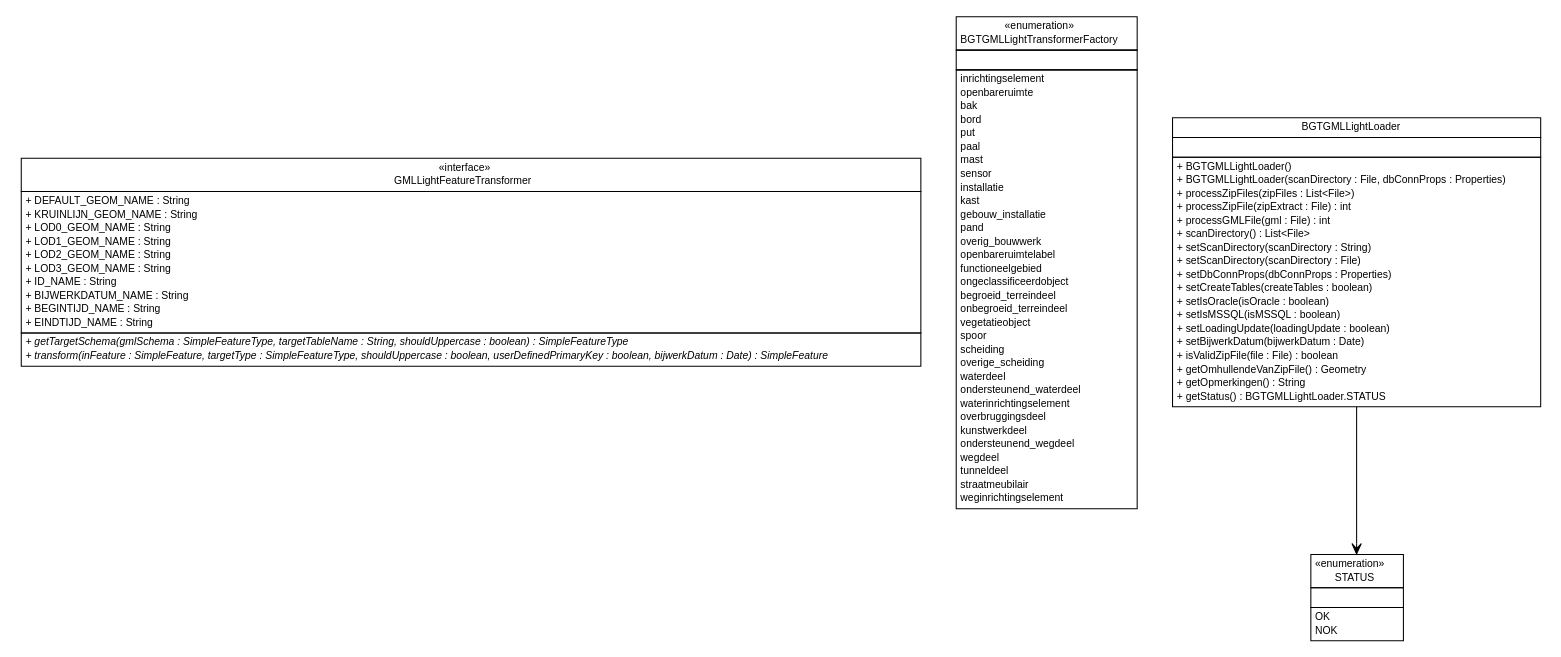
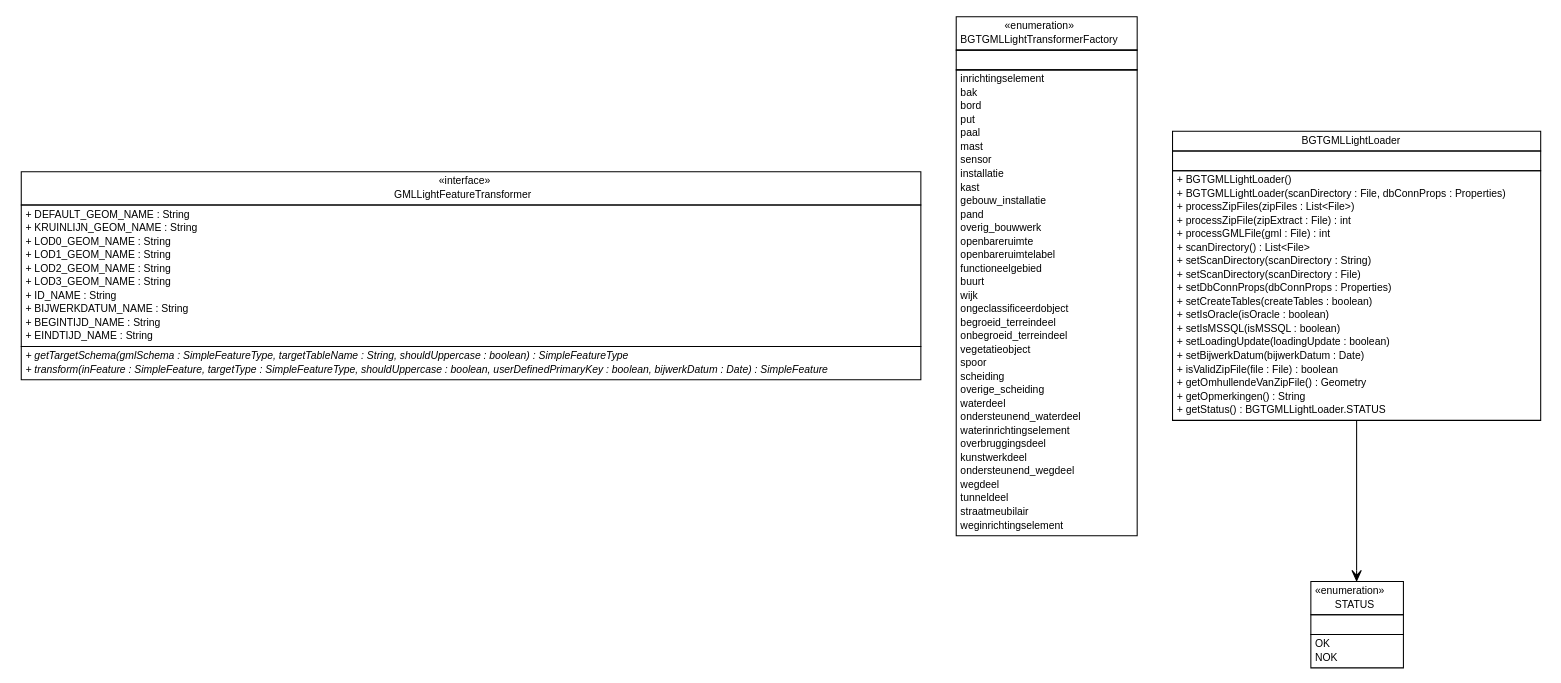
Before and after one commit to B3Partners/brmo: the diagram in bgt-gml-loader/apidocs/nl/b3p/brmo/loader/gml/nl.b3p.brmo.loader.gml.dot, drawn with Graphviz. The commit also changed 281 other files, not shown here.

```diff
--- a/bgt-gml-loader/apidocs/nl/b3p/brmo/loader/gml/nl.b3p.brmo.loader.gml.dot
+++ b/bgt-gml-loader/apidocs/nl/b3p/brmo/loader/gml/nl.b3p.brmo.loader.gml.dot
@@ -1,124 +1,126 @@
 #!/usr/local/bin/dot
 #
 # Class diagram 
 # Generated by UMLGraph version R5_6-24-gf6e263 (http://www.umlgraph.org/)
 #
 
 digraph G {
 	edge [fontname="Helvetica",fontsize=10,labelfontname="Helvetica",labelfontsize=10];
 	node [fontname="Helvetica",fontsize=10,shape=plaintext];
 	nodesep=0.25;
 	ranksep=0.5;
 	// nl.b3p.brmo.loader.gml.GMLLightFeatureTransformer
-	c76 [label=<<table title="nl.b3p.brmo.loader.gml.GMLLightFeatureTransformer" border="0" cellborder="1" cellspacing="0" cellpadding="2" port="p" href="./GMLLightFeatureTransformer.html">
+	c82 [label=<<table title="nl.b3p.brmo.loader.gml.GMLLightFeatureTransformer" border="0" cellborder="1" cellspacing="0" cellpadding="2" port="p" href="./GMLLightFeatureTransformer.html">
 		<tr><td><table border="0" cellspacing="0" cellpadding="1">
 <tr><td align="center" balign="center"> &#171;interface&#187; </td></tr>
 <tr><td align="center" balign="center"> GMLLightFeatureTransformer </td></tr>
 		</table></td></tr>
 		<tr><td><table border="0" cellspacing="0" cellpadding="1">
 <tr><td align="left" balign="left"> + DEFAULT_GEOM_NAME : String </td></tr>
 <tr><td align="left" balign="left"> + KRUINLIJN_GEOM_NAME : String </td></tr>
 <tr><td align="left" balign="left"> + LOD0_GEOM_NAME : String </td></tr>
 <tr><td align="left" balign="left"> + LOD1_GEOM_NAME : String </td></tr>
 <tr><td align="left" balign="left"> + LOD2_GEOM_NAME : String </td></tr>
 <tr><td align="left" balign="left"> + LOD3_GEOM_NAME : String </td></tr>
 <tr><td align="left" balign="left"> + ID_NAME : String </td></tr>
 <tr><td align="left" balign="left"> + BIJWERKDATUM_NAME : String </td></tr>
 <tr><td align="left" balign="left"> + BEGINTIJD_NAME : String </td></tr>
 <tr><td align="left" balign="left"> + EINDTIJD_NAME : String </td></tr>
 		</table></td></tr>
 		<tr><td><table border="0" cellspacing="0" cellpadding="1">
 <tr><td align="left" balign="left"><font face="Helvetica-Oblique" point-size="10.0"> + getTargetSchema(gmlSchema : SimpleFeatureType, targetTableName : String, shouldUppercase : boolean) : SimpleFeatureType </font></td></tr>
 <tr><td align="left" balign="left"><font face="Helvetica-Oblique" point-size="10.0"> + transform(inFeature : SimpleFeature, targetType : SimpleFeatureType, shouldUppercase : boolean, userDefinedPrimaryKey : boolean, bijwerkDatum : Date) : SimpleFeature </font></td></tr>
 		</table></td></tr>
 		</table>>, URL="./GMLLightFeatureTransformer.html", fontname="Helvetica", fontcolor="black", fontsize=10.0];
 	// nl.b3p.brmo.loader.gml.BGTGMLLightTransformerFactory
-	c77 [label=<<table title="nl.b3p.brmo.loader.gml.BGTGMLLightTransformerFactory" border="0" cellborder="1" cellspacing="0" cellpadding="2" port="p" href="./BGTGMLLightTransformerFactory.html">
+	c83 [label=<<table title="nl.b3p.brmo.loader.gml.BGTGMLLightTransformerFactory" border="0" cellborder="1" cellspacing="0" cellpadding="2" port="p" href="./BGTGMLLightTransformerFactory.html">
 		<tr><td><table border="0" cellspacing="0" cellpadding="1">
 <tr><td align="center" balign="center"> &#171;enumeration&#187; </td></tr>
 <tr><td align="center" balign="center"> BGTGMLLightTransformerFactory </td></tr>
 		</table></td></tr>
 		<tr><td><table border="0" cellspacing="0" cellpadding="1">
 <tr><td align="left" balign="left">  </td></tr>
 		</table></td></tr>
 		<tr><td><table border="0" cellspacing="0" cellpadding="1">
 <tr><td align="left" balign="left"> inrichtingselement </td></tr>
-<tr><td align="left" balign="left"> openbareruimte </td></tr>
 <tr><td align="left" balign="left"> bak </td></tr>
 <tr><td align="left" balign="left"> bord </td></tr>
 <tr><td align="left" balign="left"> put </td></tr>
 <tr><td align="left" balign="left"> paal </td></tr>
 <tr><td align="left" balign="left"> mast </td></tr>
 <tr><td align="left" balign="left"> sensor </td></tr>
 <tr><td align="left" balign="left"> installatie </td></tr>
 <tr><td align="left" balign="left"> kast </td></tr>
 <tr><td align="left" balign="left"> gebouw_installatie </td></tr>
 <tr><td align="left" balign="left"> pand </td></tr>
 <tr><td align="left" balign="left"> overig_bouwwerk </td></tr>
+<tr><td align="left" balign="left"> openbareruimte </td></tr>
 <tr><td align="left" balign="left"> openbareruimtelabel </td></tr>
 <tr><td align="left" balign="left"> functioneelgebied </td></tr>
+<tr><td align="left" balign="left"> buurt </td></tr>
+<tr><td align="left" balign="left"> wijk </td></tr>
 <tr><td align="left" balign="left"> ongeclassificeerdobject </td></tr>
 <tr><td align="left" balign="left"> begroeid_terreindeel </td></tr>
 <tr><td align="left" balign="left"> onbegroeid_terreindeel </td></tr>
 <tr><td align="left" balign="left"> vegetatieobject </td></tr>
 <tr><td align="left" balign="left"> spoor </td></tr>
 <tr><td align="left" balign="left"> scheiding </td></tr>
 <tr><td align="left" balign="left"> overige_scheiding </td></tr>
 <tr><td align="left" balign="left"> waterdeel </td></tr>
 <tr><td align="left" balign="left"> ondersteunend_waterdeel </td></tr>
 <tr><td align="left" balign="left"> waterinrichtingselement </td></tr>
 <tr><td align="left" balign="left"> overbruggingsdeel </td></tr>
 <tr><td align="left" balign="left"> kunstwerkdeel </td></tr>
 <tr><td align="left" balign="left"> ondersteunend_wegdeel </td></tr>
 <tr><td align="left" balign="left"> wegdeel </td></tr>
 <tr><td align="left" balign="left"> tunneldeel </td></tr>
 <tr><td align="left" balign="left"> straatmeubilair </td></tr>
 <tr><td align="left" balign="left"> weginrichtingselement </td></tr>
 		</table></td></tr>
 		</table>>, URL="./BGTGMLLightTransformerFactory.html", fontname="Helvetica", fontcolor="black", fontsize=10.0];
 	// nl.b3p.brmo.loader.gml.BGTGMLLightLoader
-	c78 [label=<<table title="nl.b3p.brmo.loader.gml.BGTGMLLightLoader" border="0" cellborder="1" cellspacing="0" cellpadding="2" port="p" href="./BGTGMLLightLoader.html">
+	c84 [label=<<table title="nl.b3p.brmo.loader.gml.BGTGMLLightLoader" border="0" cellborder="1" cellspacing="0" cellpadding="2" port="p" href="./BGTGMLLightLoader.html">
 		<tr><td><table border="0" cellspacing="0" cellpadding="1">
 <tr><td align="center" balign="center"> BGTGMLLightLoader </td></tr>
 		</table></td></tr>
 		<tr><td><table border="0" cellspacing="0" cellpadding="1">
 <tr><td align="left" balign="left">  </td></tr>
 		</table></td></tr>
 		<tr><td><table border="0" cellspacing="0" cellpadding="1">
 <tr><td align="left" balign="left"> + BGTGMLLightLoader() </td></tr>
 <tr><td align="left" balign="left"> + BGTGMLLightLoader(scanDirectory : File, dbConnProps : Properties) </td></tr>
 <tr><td align="left" balign="left"> + processZipFiles(zipFiles : List&lt;File&gt;) </td></tr>
 <tr><td align="left" balign="left"> + processZipFile(zipExtract : File) : int </td></tr>
 <tr><td align="left" balign="left"> + processGMLFile(gml : File) : int </td></tr>
 <tr><td align="left" balign="left"> + scanDirectory() : List&lt;File&gt; </td></tr>
 <tr><td align="left" balign="left"> + setScanDirectory(scanDirectory : String) </td></tr>
 <tr><td align="left" balign="left"> + setScanDirectory(scanDirectory : File) </td></tr>
 <tr><td align="left" balign="left"> + setDbConnProps(dbConnProps : Properties) </td></tr>
 <tr><td align="left" balign="left"> + setCreateTables(createTables : boolean) </td></tr>
 <tr><td align="left" balign="left"> + setIsOracle(isOracle : boolean) </td></tr>
 <tr><td align="left" balign="left"> + setIsMSSQL(isMSSQL : boolean) </td></tr>
 <tr><td align="left" balign="left"> + setLoadingUpdate(loadingUpdate : boolean) </td></tr>
 <tr><td align="left" balign="left"> + setBijwerkDatum(bijwerkDatum : Date) </td></tr>
 <tr><td align="left" balign="left"> + isValidZipFile(file : File) : boolean </td></tr>
 <tr><td align="left" balign="left"> + getOmhullendeVanZipFile() : Geometry </td></tr>
 <tr><td align="left" balign="left"> + getOpmerkingen() : String </td></tr>
 <tr><td align="left" balign="left"> + getStatus() : BGTGMLLightLoader.STATUS </td></tr>
 		</table></td></tr>
 		</table>>, URL="./BGTGMLLightLoader.html", fontname="Helvetica", fontcolor="black", fontsize=10.0];
 	// nl.b3p.brmo.loader.gml.BGTGMLLightLoader.STATUS
-	c79 [label=<<table title="nl.b3p.brmo.loader.gml.BGTGMLLightLoader.STATUS" border="0" cellborder="1" cellspacing="0" cellpadding="2" port="p" href="./BGTGMLLightLoader.STATUS.html">
+	c85 [label=<<table title="nl.b3p.brmo.loader.gml.BGTGMLLightLoader.STATUS" border="0" cellborder="1" cellspacing="0" cellpadding="2" port="p" href="./BGTGMLLightLoader.STATUS.html">
 		<tr><td><table border="0" cellspacing="0" cellpadding="1">
 <tr><td align="center" balign="center"> &#171;enumeration&#187; </td></tr>
 <tr><td align="center" balign="center"> STATUS </td></tr>
 		</table></td></tr>
 		<tr><td><table border="0" cellspacing="0" cellpadding="1">
 <tr><td align="left" balign="left">  </td></tr>
 		</table></td></tr>
 		<tr><td><table border="0" cellspacing="0" cellpadding="1">
 <tr><td align="left" balign="left"> OK </td></tr>
 <tr><td align="left" balign="left"> NOK </td></tr>
 		</table></td></tr>
 		</table>>, URL="./BGTGMLLightLoader.STATUS.html", fontname="Helvetica", fontcolor="black", fontsize=10.0];
 	// nl.b3p.brmo.loader.gml.BGTGMLLightLoader NAVASSOC nl.b3p.brmo.loader.gml.BGTGMLLightLoader.STATUS
-	c78:p -> c79:p [taillabel="", label="", headlabel="", fontname="Helvetica", fontcolor="black", fontsize=10.0, color="black", arrowhead=open];
+	c84:p -> c85:p [taillabel="", label="", headlabel="", fontname="Helvetica", fontcolor="black", fontsize=10.0, color="black", arrowhead=open];
 }
```
